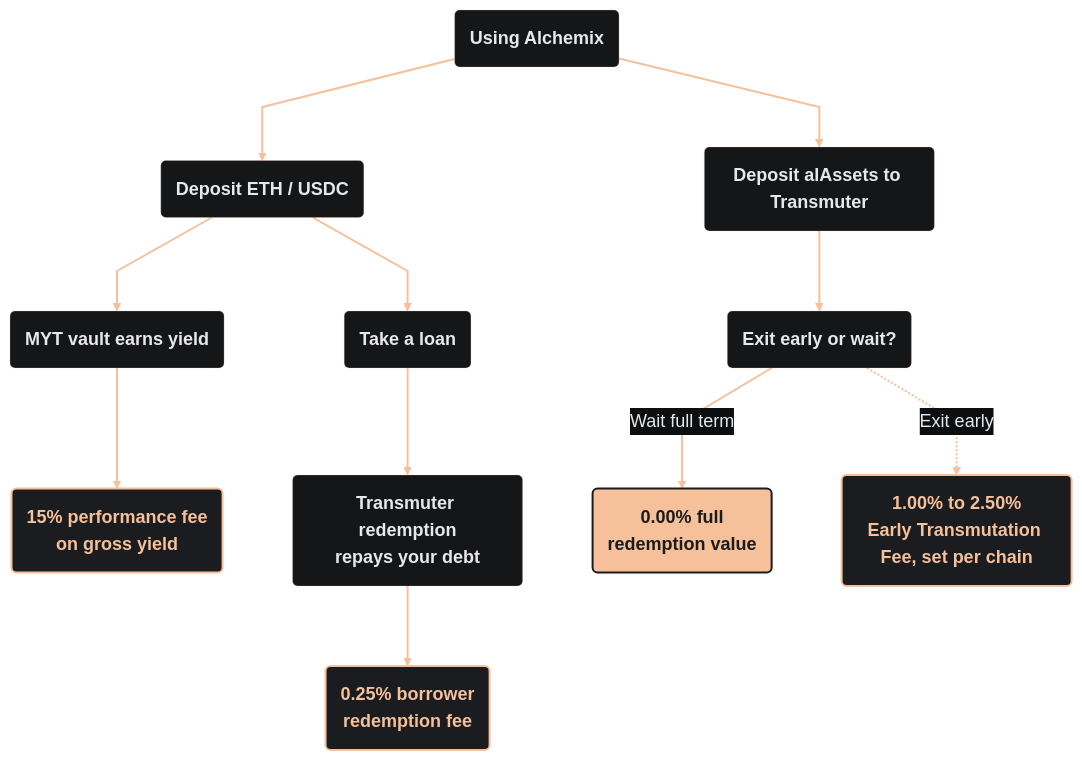
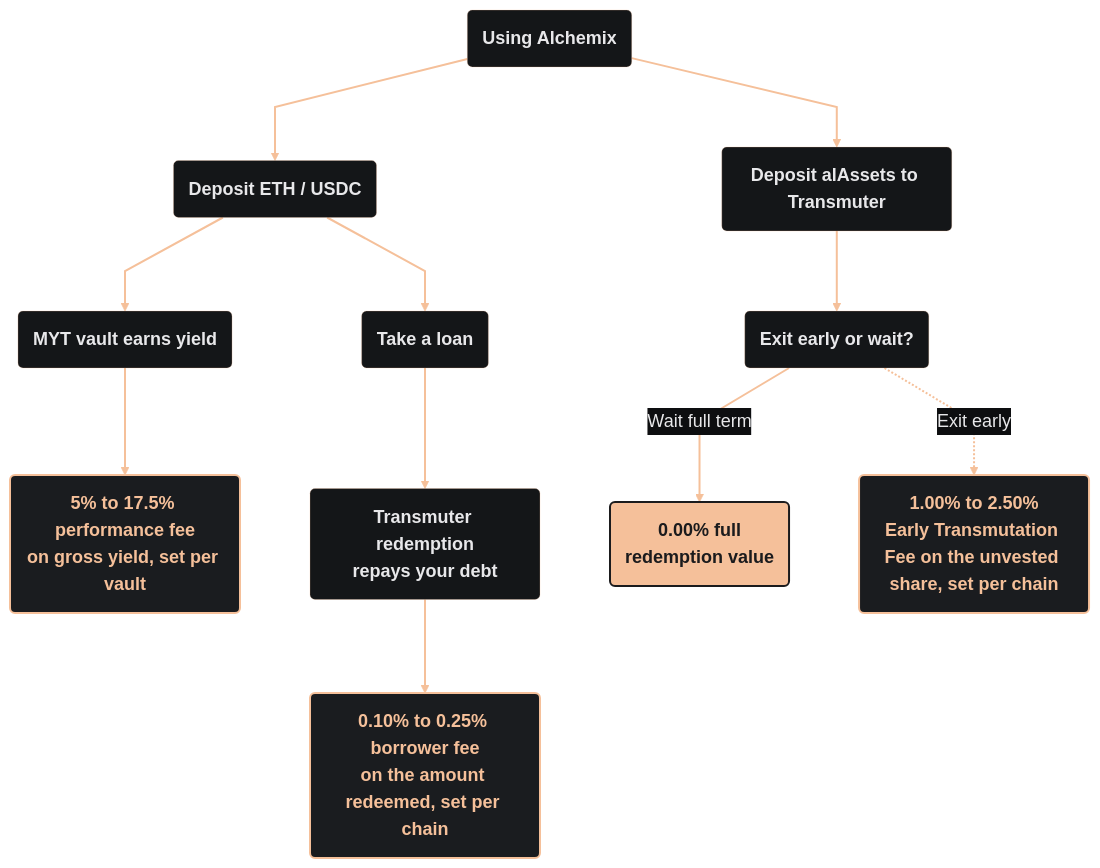
The diagram in docs/user/concepts/fees.md (alchemix-finance/alchemix-v3-docs), drawn with Mermaid before and after one commit. The commit also changed other lines of this file and 29 other files, not shown here.

````diff
--- a/docs/user/concepts/fees.md
+++ b/docs/user/concepts/fees.md
@@ -14,32 +14,32 @@
 ```mermaid
 %%{init: {
   'theme': 'base',
   'themeVariables': {
     'fontFamily': 'Montserrat',
     'primaryColor': '#141618',
     'primaryBorderColor': 'rgba(245,192,154,0.25)',
     'primaryTextColor': '#e8e8ea',
     'lineColor': '#f5c09a',
     'edgeLabelBackground': '#0d0e10',
     'tertiaryColor': '#141618',
     'fontSize': '18px'
   },
   'flowchart': { 'curve': 'linear', 'nodeSpacing': 70, 'rankSpacing': 80 }
 }}%%
 flowchart TD
     classDef default font-weight:bold;
     classDef fee fill:#1a1c1f,stroke:#f5c09a,stroke-width:2px,color:#f5c09a;
     classDef free fill:#f5c09a,stroke:#1b1b1d,stroke-width:2px,color:#1b1b1d;
 
     A(Using Alchemix) --> B(Deposit ETH / USDC)
     A --> C(Deposit alAssets to Transmuter)
 
-    B --> D(MYT vault earns yield) --> E(<b>15%</b> performance fee<br/><span style='color:#8a8f99'>on gross yield</span>):::fee
-    B --> F(Take a loan) --> G(Transmuter redemption<br/>repays your debt) --> H(<b>0.25%</b> borrower<br/><span style='color:#8a8f99'>redemption fee</span>):::fee
+    B --> D(MYT vault earns yield) --> E(<b>5% to 17.5%</b> performance fee<br/><span style='color:#8a8f99'>on gross yield, set per vault</span>):::fee
+    B --> F(Take a loan) --> G(Transmuter redemption<br/>repays your debt) --> H(<b>0.10% to 0.25%</b> borrower fee<br/><span style='color:#8a8f99'>on the amount redeemed, set per chain</span>):::fee
 
     C --> I(Exit early or wait?)
     I -->|Wait full term| J(<b>0.00%</b> full<br/>redemption value):::free
-    I -.->|Exit early| K(<b>1.00% to 2.50%</b><br/><span style='color:#8a8f99'>Early Transmutation Fee, set per chain</span>):::fee
+    I -.->|Exit early| K(<b>1.00% to 2.50%</b><br/><span style='color:#8a8f99'>Early Transmutation Fee on the unvested share, set per chain</span>):::fee
 
     linkStyle 0,1,2,3,4,5,6,7,8,9 stroke:#f5c09a,stroke-width:2px
 ```
````
